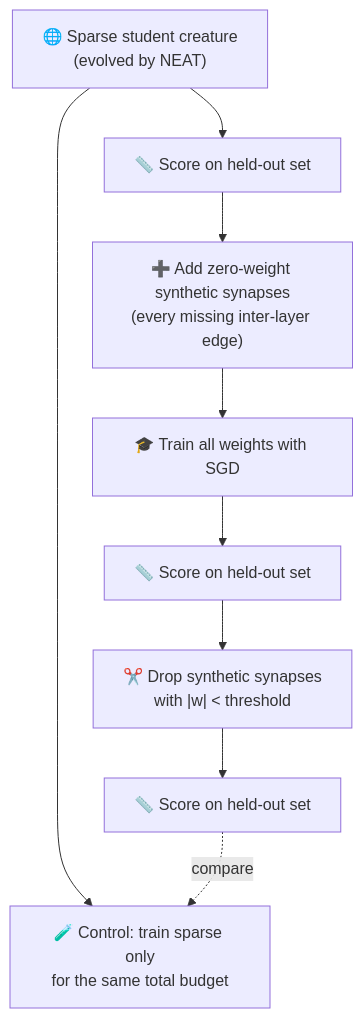
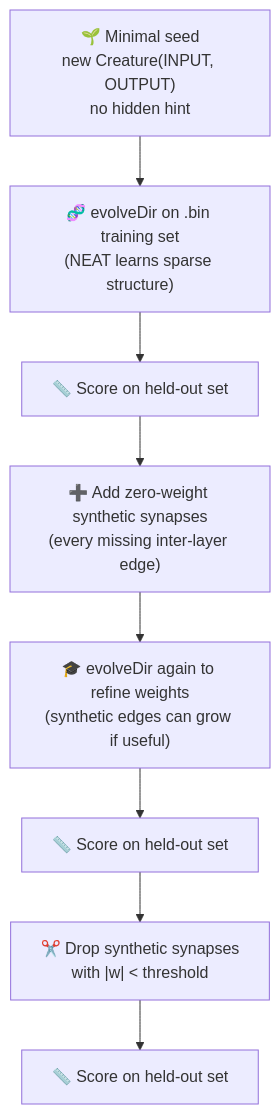
The diagram in synthetic_synapse/README.md (stSoftwareAU/NEAT-AI-Examples), drawn with Mermaid before and after one commit. The commit also changed other lines of this file and 10 other files, not shown here.

First line of the commit message:
synthetic_synapse: minimal seed + measured telemetry (#206)

````diff
--- a/synthetic_synapse/README.md
+++ b/synthetic_synapse/README.md
@@ -68,20 +74,19 @@
 ```mermaid
 flowchart TD
-    SPARSE["🌐 Sparse student creature<br/>(evolved by NEAT)"]
+    SEED["🌱 Minimal seed<br/>new Creature(INPUT, OUTPUT)<br/>no hidden hint"]
+    EVOLVE_SPARSE["🧬 evolveDir on .bin training set<br/>(NEAT learns sparse structure)"]
     SCORE1["📏 Score on held-out set"]
     DENSIFY["➕ Add zero-weight synthetic synapses<br/>(every missing inter-layer edge)"]
-    TRAIN["🎓 Train all weights with SGD"]
+    EVOLVE_REFINE["🎓 evolveDir again to refine weights<br/>(synthetic edges can grow if useful)"]
     SCORE2["📏 Score on held-out set"]
     PRUNE["✂️ Drop synthetic synapses<br/>with |w| < threshold"]
     SCORE3["📏 Score on held-out set"]
-    CONTROL["🧪 Control: train sparse only<br/>for the same total budget"]
 
-    SPARSE --> SCORE1
-    SPARSE --> CONTROL
+    SEED --> EVOLVE_SPARSE
+    EVOLVE_SPARSE --> SCORE1
     SCORE1 --> DENSIFY
-    DENSIFY --> TRAIN
-    TRAIN --> SCORE2
+    DENSIFY --> EVOLVE_REFINE
+    EVOLVE_REFINE --> SCORE2
     SCORE2 --> PRUNE
     PRUNE --> SCORE3
-    SCORE3 -.compare.-> CONTROL
 ```
````
